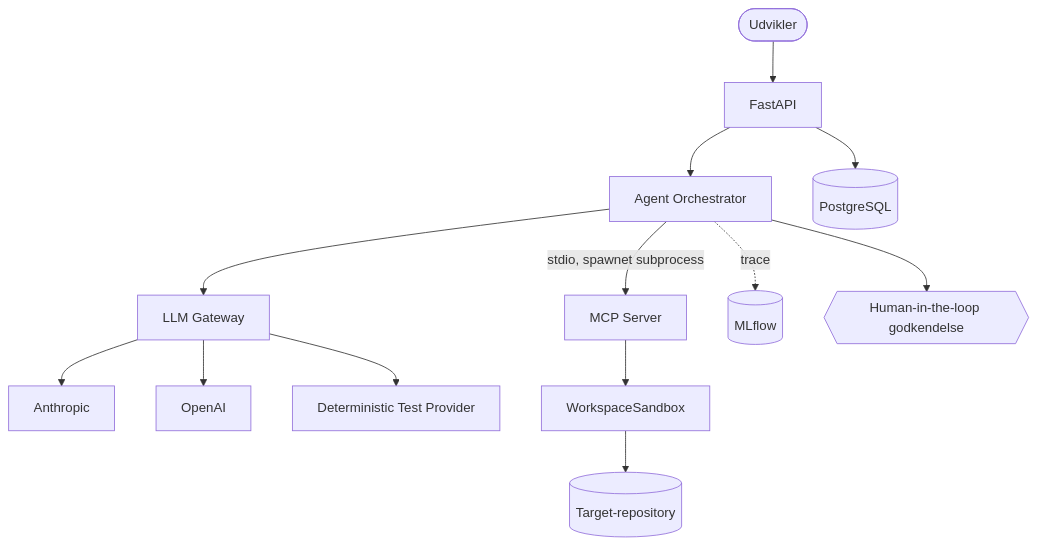
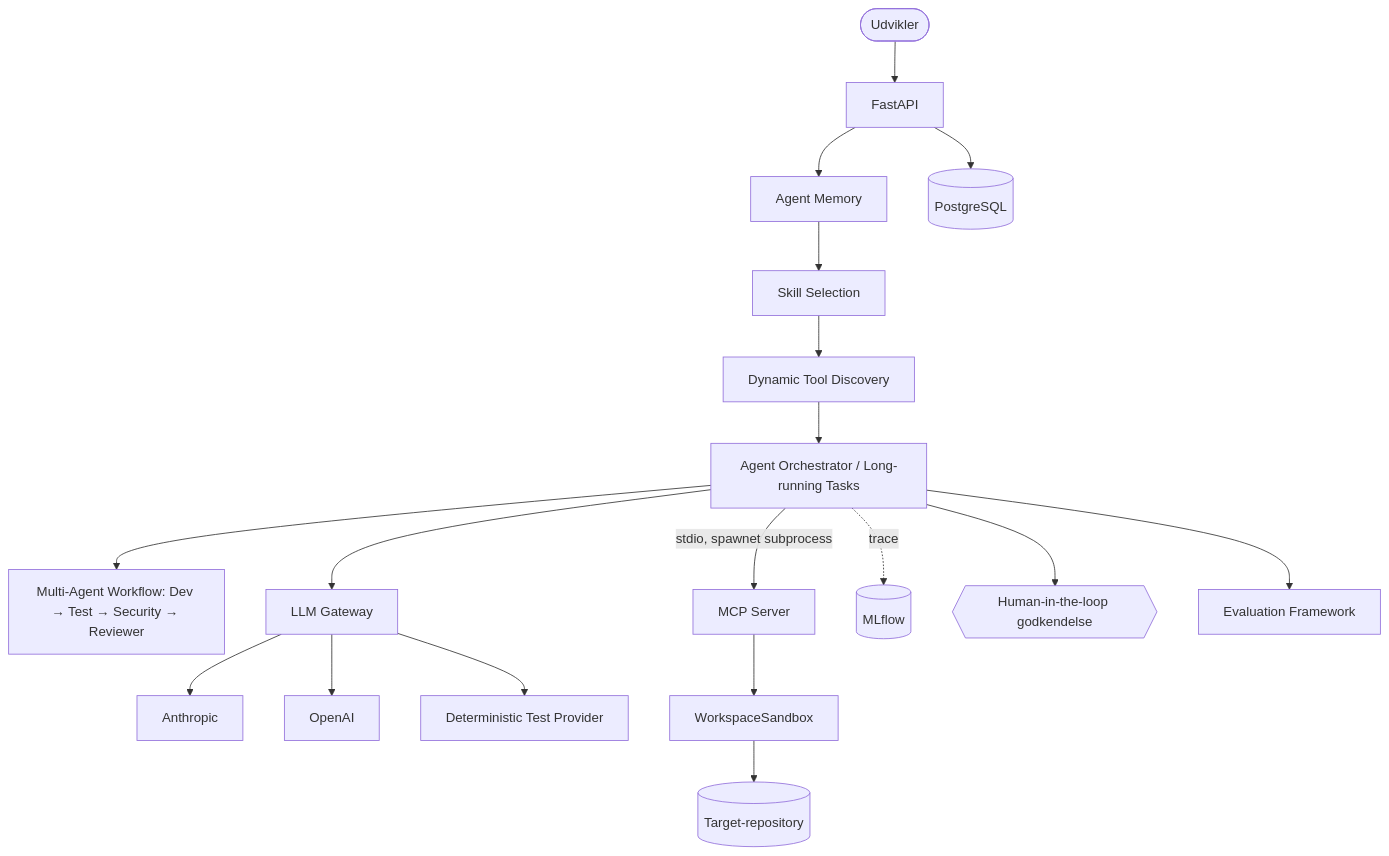
One commit to hassanisaq97-blip/agentops-developer-platform changed the first of 2 diagrams in README.md. Above: the diagram before and after it, drawn with Mermaid. The commit also changed other lines of this file and 4 other files, not shown here.

First line of the commit message:
Document the six new agent features across README, architecture, security, and portfolio docs

````diff
--- a/README.md
+++ b/README.md
@@ -40,14 +60,19 @@
 ```mermaid
 flowchart TB
     Dev([Udvikler]) --> API[FastAPI]
-    API --> Orch[Agent Orchestrator]
+    API --> Memory[Agent Memory]
+    Memory --> Skills[Skill Selection]
+    Skills --> Discovery[Dynamic Tool Discovery]
+    Discovery --> Orch[Agent Orchestrator / Long-running Tasks]
+    Orch --> MultiAgent[Multi-Agent Workflow: Dev → Test → Security → Reviewer]
     Orch --> Gateway[LLM Gateway]
     Gateway --> Anthropic[Anthropic]
     Gateway --> OpenAI[OpenAI]
     Gateway --> TestProvider[Deterministic Test Provider]
     Orch -- "stdio, spawnet subprocess" --> MCP[MCP Server]
     MCP --> Sandbox[WorkspaceSandbox] --> Repo[(Target-repository)]
     API --> DB[(PostgreSQL)]
     Orch -.trace.-> MLflow[(MLflow)]
     Orch --> Approval{{Human-in-the-loop godkendelse}}
+    Orch --> Evals[Evaluation Framework]
 ```
````
